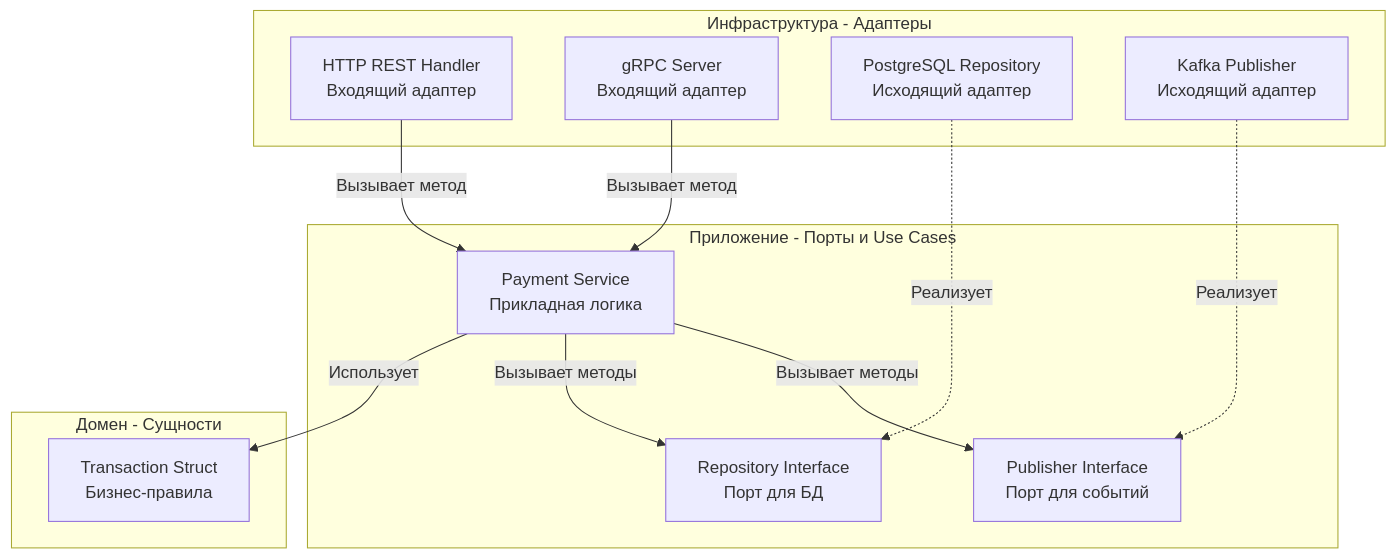
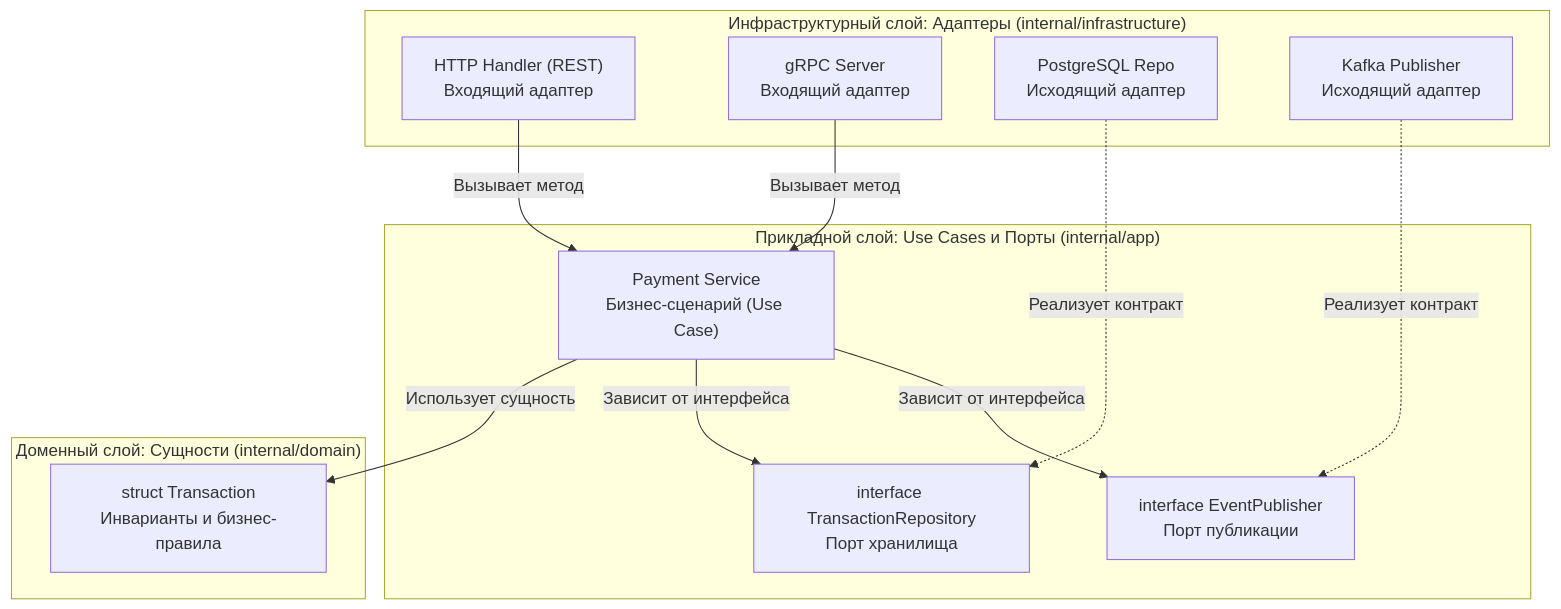
Before and after one commit to UnrealTemplier/go-textbook: the second of 3 diagrams in sources/14. Распределенные системы на Go/08. Практика/1. Структура микросервисного проекта на Go.md, drawn with Mermaid. The commit also changed other lines of this file, not shown here.

````diff
--- a/sources/14. Распределенные системы на Go/08. Практика/1. Структура микросервисного проекта на Go.md
+++ b/sources/14. Распределенные системы на Go/08. Практика/1. Структура микросервисного проекта на Go.md
@@ -53,29 +100,29 @@
 ```mermaid
 flowchart TD
-    subgraph Инфраструктура - Адаптеры
-        HTTP["HTTP REST Handler<br>Входящий адаптер"]
-        gRPC["gRPC Server<br>Входящий адаптер"]
-        PG["PostgreSQL Repository<br>Исходящий адаптер"]
-        Kafka["Kafka Publisher<br>Исходящий адаптер"]
+    subgraph InfrastructureLayer["Инфраструктурный слой: Адаптеры (internal/infrastructure)"]
+        HTTPHandler["HTTP Handler (REST)\nВходящий адаптер"]
+        gRPCServer["gRPC Server\nВходящий адаптер"]
+        PGRepo["PostgreSQL Repo\nИсходящий адаптер"]
+        KafkaPub["Kafka Publisher\nИсходящий адаптер"]
     end
 
-    subgraph Приложение - Порты и Use Cases
-        Service["Payment Service<br>Прикладная логика"]
-        RepoPort["Repository Interface<br>Порт для БД"]
-        EventPort["Publisher Interface<br>Порт для событий"]
+    subgraph ApplicationLayer["Прикладной слой: Use Cases и Порты (internal/app)"]
+        PaymentService["Payment Service\nБизнес-сценарий (Use Case)"]
+        RepoPort["interface TransactionRepository\nПорт хранилища"]
+        EventPort["interface EventPublisher\nПорт публикации"]
     end
 
-    subgraph Домен - Сущности
-        Entity["Transaction Struct<br>Бизнес-правила"]
+    subgraph DomainLayer["Доменный слой: Сущности (internal/domain)"]
+        TransactionEntity["struct Transaction\nИнварианты и бизнес-правила"]
     end
 
-    HTTP -->|"Вызывает метод"| Service
-    gRPC -->|"Вызывает метод"| Service
-    
-    Service -->|"Использует"| Entity
-    Service -->|"Вызывает методы"| RepoPort
-    Service -->|"Вызывает методы"| EventPort
-    
-    PG -.->|"Реализует"| RepoPort
-    Kafka -.->|"Реализует"| EventPort
+    HTTPHandler -->|"Вызывает метод"| PaymentService
+    gRPCServer -->|"Вызывает метод"| PaymentService
+
+    PaymentService -->|"Использует сущность"| TransactionEntity
+    PaymentService -->|"Зависит от интерфейса"| RepoPort
+    PaymentService -->|"Зависит от интерфейса"| EventPort
+
+    PGRepo -.->|"Реализует контракт"| RepoPort
+    KafkaPub -.->|"Реализует контракт"| EventPort
 ```
````
